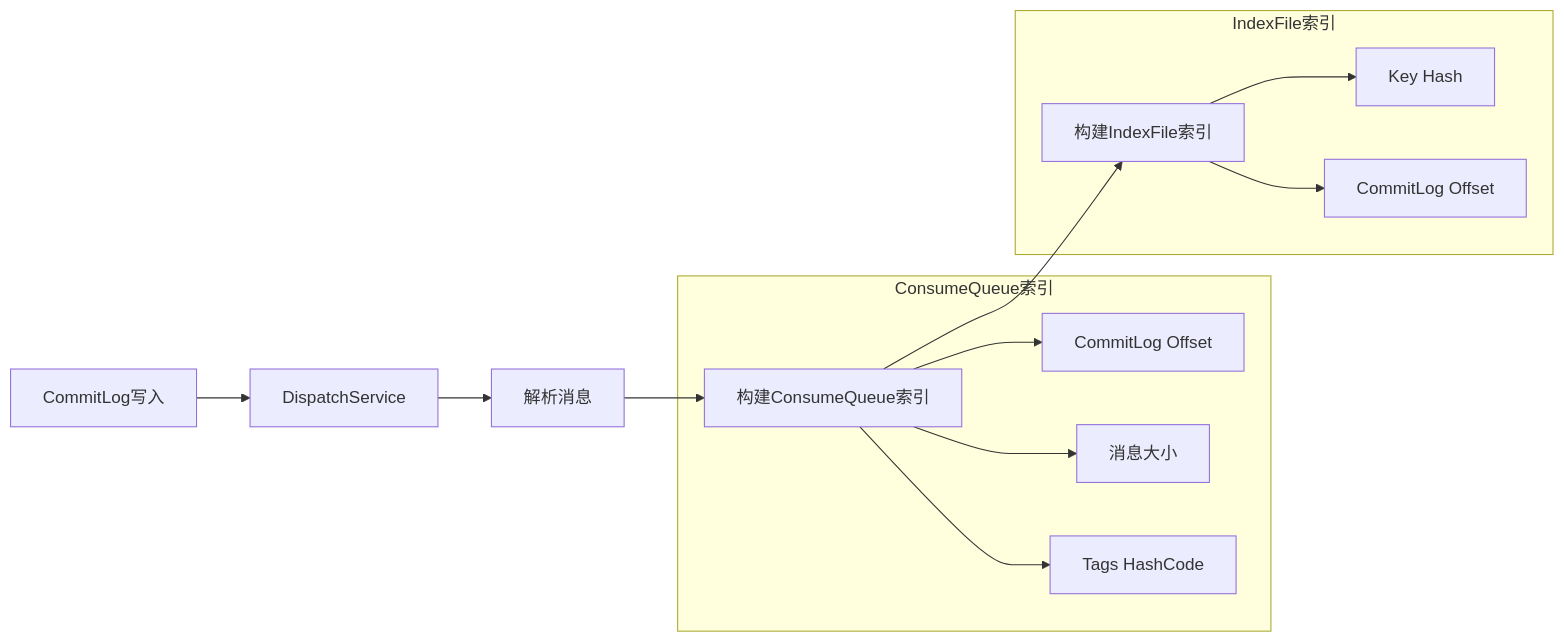
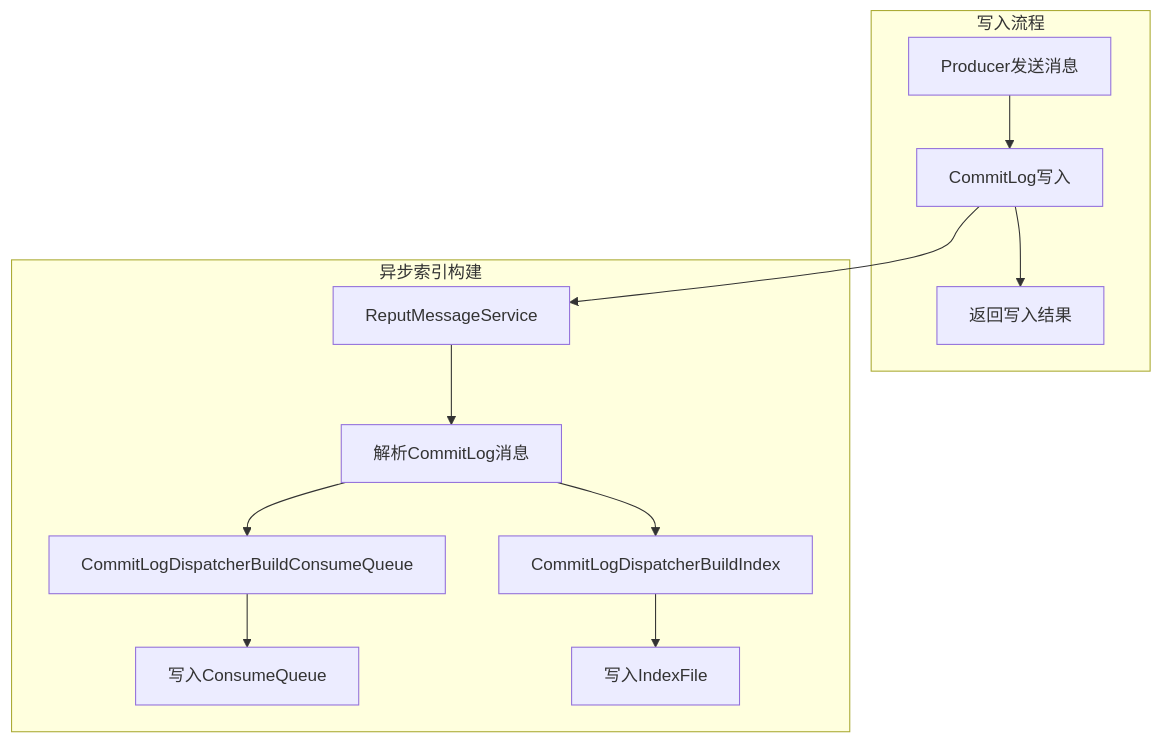
Before and after one commit to wilimm/rocketmq: the fifth of 10 diagrams in docs/RocketMQ技术架构/04-消息存储篇.md, drawn with Mermaid. The commit also changed other lines of this file and 12 other files, not shown here.

````diff
--- a/docs/RocketMQ技术架构/04-消息存储篇.md
+++ b/docs/RocketMQ技术架构/04-消息存储篇.md
@@ -228,18 +793,16 @@
 ```mermaid
-flowchart LR
-    A[CommitLog写入] --> B[DispatchService]
-    B --> C[解析消息]
-    C --> D[构建ConsumeQueue索引]
-    D --> E[构建IndexFile索引]
-    
-    subgraph ConsumeQueue索引
-        D --> D1[CommitLog Offset]
-        D --> D2[消息大小]
-        D --> D3[Tags HashCode]
+flowchart TD
+    subgraph 写入流程
+        A[Producer发送消息] --> B[CommitLog写入]
+        B --> C[返回写入结果]
     end
     
-    subgraph IndexFile索引
-        E --> E1[Key Hash]
-        E --> E2[CommitLog Offset]
+    subgraph 异步索引构建
+        B --> D[ReputMessageService]
+        D --> E[解析CommitLog消息]
+        E --> F[CommitLogDispatcherBuildConsumeQueue]
+        E --> G[CommitLogDispatcherBuildIndex]
+        F --> H[写入ConsumeQueue]
+        G --> I[写入IndexFile]
     end
 ```
````
